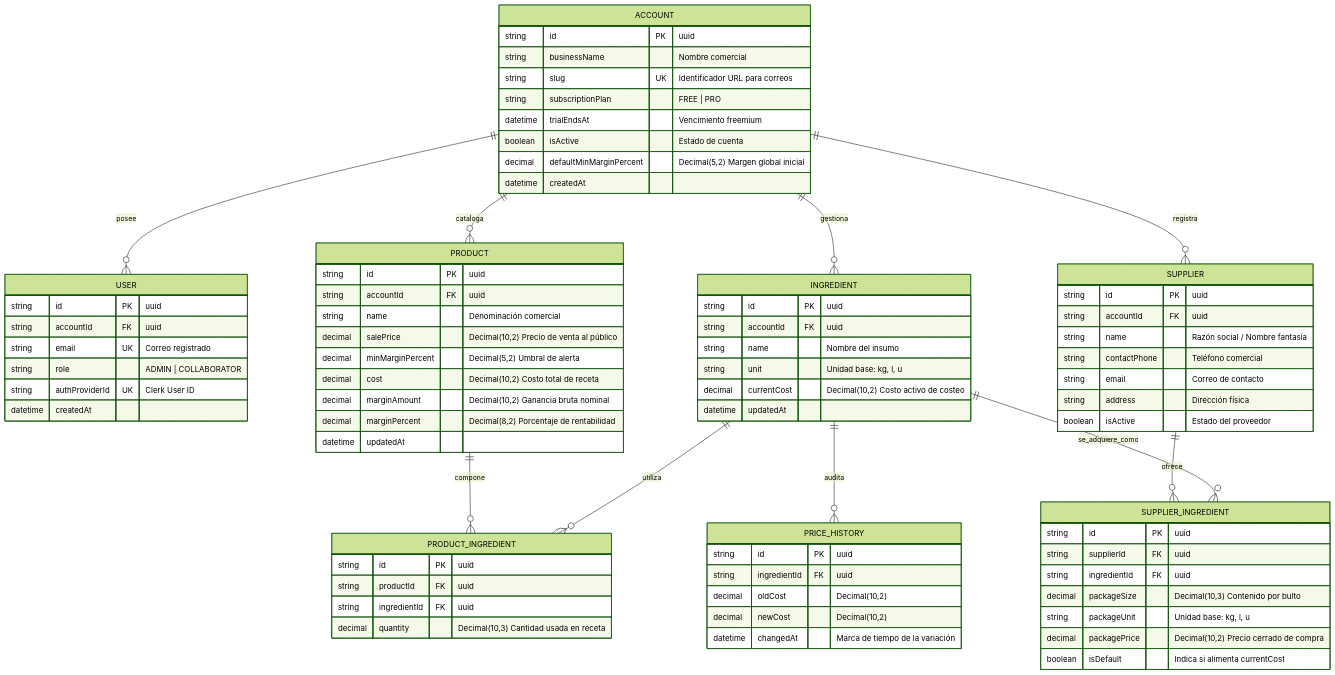
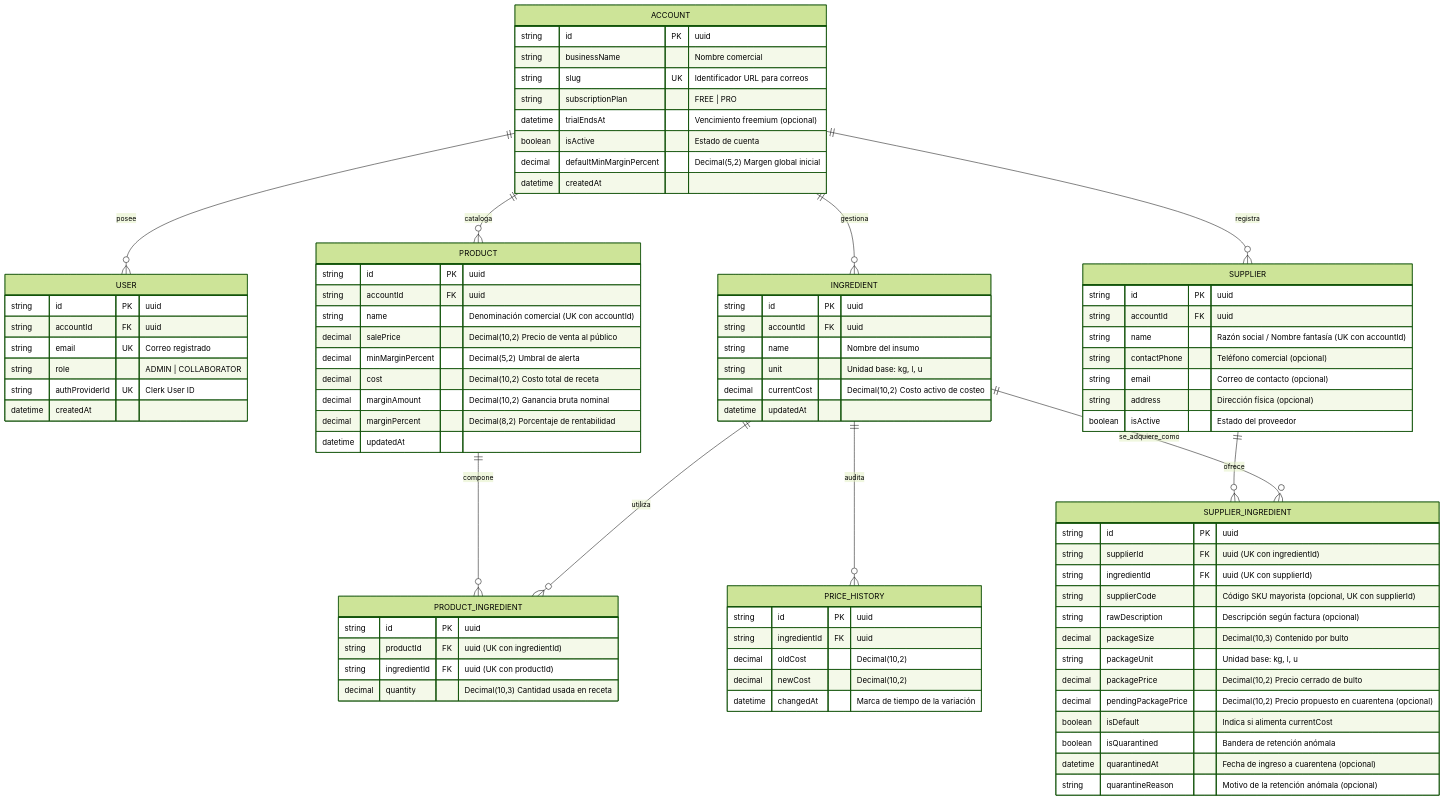
Before and after one commit to dgimenezdeveloper/margenx: the first of 3 diagrams in docs/Arquitectura-Software-(SAD).md, drawn with Mermaid (forest theme). The commit also changed other lines of this file and 8 other files, not shown here.

````diff
--- a/docs/Arquitectura-Software-(SAD).md
+++ b/docs/Arquitectura-Software-(SAD).md
@@ -137,7 +137,7 @@
         string businessName "Nombre comercial"
         string slug UK "Identificador URL para correos"
         string subscriptionPlan "FREE | PRO"
-        datetime trialEndsAt "Vencimiento freemium"
+        datetime trialEndsAt "Vencimiento freemium (opcional)"
         boolean isActive "Estado de cuenta"
         decimal defaultMinMarginPercent "Decimal(5,2) Margen global inicial"
         datetime createdAt
@@ -164,21 +164,27 @@
     SUPPLIER {
         string id PK "uuid"
         string accountId FK "uuid"
-        string name "Razón social / Nombre fantasía"
-        string contactPhone "Teléfono comercial"
-        string email "Correo de contacto"
-        string address "Dirección física"
+        string name "Razón social / Nombre fantasía (UK con accountId)"
+        string contactPhone "Teléfono comercial (opcional)"
+        string email "Correo de contacto (opcional)"
+        string address "Dirección física (opcional)"
         boolean isActive "Estado del proveedor"
     }
 
     SUPPLIER_INGREDIENT {
         string id PK "uuid"
-        string supplierId FK "uuid"
-        string ingredientId FK "uuid"
+        string supplierId FK "uuid (UK con ingredientId)"
+        string ingredientId FK "uuid (UK con supplierId)"
+        string supplierCode "Código SKU mayorista (opcional, UK con supplierId)"
+        string rawDescription "Descripción según factura (opcional)"
         decimal packageSize "Decimal(10,3) Contenido por bulto"
         string packageUnit "Unidad base: kg, l, u"
-        decimal packagePrice "Decimal(10,2) Precio cerrado de compra"
+        decimal packagePrice "Decimal(10,2) Precio cerrado de bulto"
+        decimal pendingPackagePrice "Decimal(10,2) Precio propuesto en cuarentena (opcional)"
         boolean isDefault "Indica si alimenta currentCost"
+        boolean isQuarantined "Bandera de retención anómala"
+        datetime quarantinedAt "Fecha de ingreso a cuarentena (opcional)"
+        string quarantineReason "Motivo de la retención anómala (opcional)"
     }
 
     PRICE_HISTORY {
@@ -192,7 +198,7 @@
     PRODUCT {
         string id PK "uuid"
         string accountId FK "uuid"
-        string name "Denominación comercial"
+        string name "Denominación comercial (UK con accountId)"
         decimal salePrice "Decimal(10,2) Precio de venta al público"
         decimal minMarginPercent "Decimal(5,2) Umbral de alerta"
         decimal cost "Decimal(10,2) Costo total de receta"
@@ -203,8 +209,8 @@
 
     PRODUCT_INGREDIENT {
         string id PK "uuid"
-        string productId FK "uuid"
-        string ingredientId FK "uuid"
+        string productId FK "uuid (UK con ingredientId)"
+        string ingredientId FK "uuid (UK con productId)"
         decimal quantity "Decimal(10,3) Cantidad usada en receta"
     }
 ```
````
